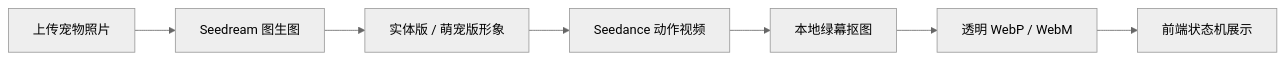
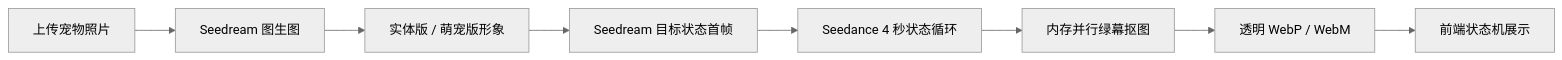
The diagram in README.md (black7766/pet-avatar-3d-mvp), drawn with Mermaid (neutral theme) before and after one commit. The commit also changed other lines of this file and 10 other files, not shown here.

````diff
--- a/README.md
+++ b/README.md
@@ -61,9 +61,10 @@
 ```mermaid
 flowchart LR
   A["上传宠物照片"] --> B["Seedream 图生图"]
   B --> C["实体版 / 萌宠版形象"]
-  C --> D["Seedance 动作视频"]
-  D --> E["本地绿幕抠图"]
-  E --> F["透明 WebP / WebM"]
-  F --> G["前端状态机展示"]
+  C --> D["Seedream 目标状态首帧"]
+  D --> E["Seedance 4 秒状态循环"]
+  E --> F["内存并行绿幕抠图"]
+  F --> G["透明 WebP / WebM"]
+  G --> H["前端状态机展示"]
 ```
````
